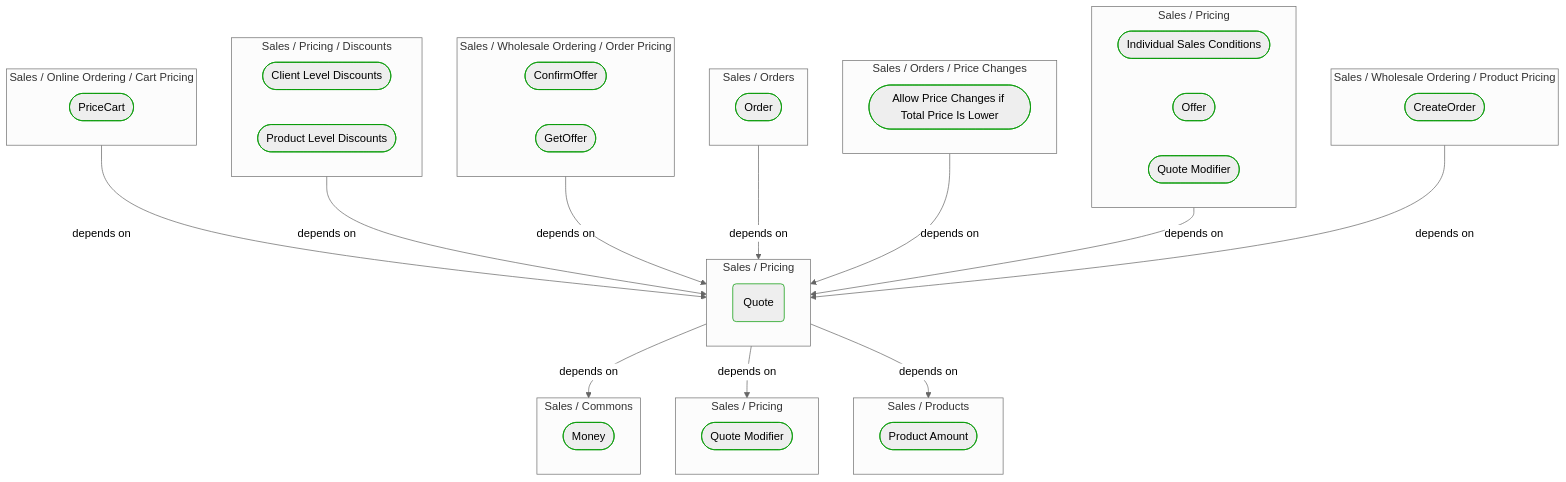
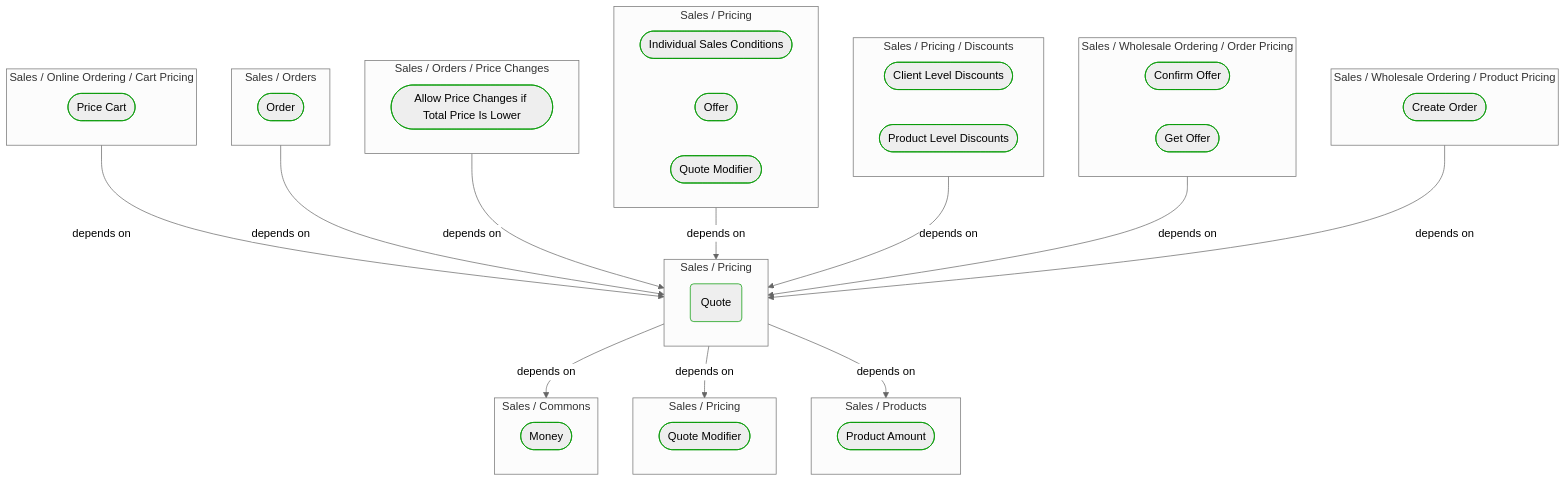
The first of 2 diagrams in Docs/P3/MermaidOutput/Domain/Concepts/Sales/Pricing/Quote.md (itlibrium/DDD-starter-dotnet), drawn with Mermaid (neutral theme) before and after one commit. The commit also changed other lines of this file and 51 other files, not shown here.

````diff
--- a/Docs/P3/MermaidOutput/Domain/Concepts/Sales/Pricing/Quote.md
+++ b/Docs/P3/MermaidOutput/Domain/Concepts/Sales/Pricing/Quote.md
@@ -20,68 +20,68 @@
 ```mermaid
   flowchart TB
     subgraph 0["Sales / Online Ordering / Cart Pricing"]
-      1([PriceCart])
+      1([Price Cart])
       class 1 DomainPerspective
     end
-    subgraph 2["Sales / Pricing / Discounts"]
-      3([Client Level Discounts])
+    subgraph 2["Sales / Orders"]
+      3([Order])
       class 3 DomainPerspective
-      4([Product Level Discounts])
-      class 4 DomainPerspective
     end
-    subgraph 5["Sales / Wholesale Ordering / Order Pricing"]
-      6([ConfirmOffer])
-      class 6 DomainPerspective
-      7([GetOffer])
+    subgraph 4["Sales / Orders / Price Changes"]
+      5([Allow Price Changes if Total Price Is Lower])
+      class 5 DomainPerspective
+    end
+    subgraph 6["Sales / Pricing"]
+      7([Individual Sales Conditions])
       class 7 DomainPerspective
-    end
-    subgraph 8["Sales / Orders"]
-      9([Order])
+      8([Offer])
+      class 8 DomainPerspective
+      9([Quote Modifier])
       class 9 DomainPerspective
     end
-    subgraph 10["Sales / Orders / Price Changes"]
-      11([Allow Price Changes if Total Price Is Lower])
+    subgraph 10["Sales / Pricing / Discounts"]
+      11([Client Level Discounts])
       class 11 DomainPerspective
+      12([Product Level Discounts])
+      class 12 DomainPerspective
     end
-    subgraph 12["Sales / Pricing"]
-      13([Individual Sales Conditions])
-      class 13 DomainPerspective
-      14([Offer])
+    subgraph 13["Sales / Wholesale Ordering / Order Pricing"]
+      14([Confirm Offer])
       class 14 DomainPerspective
-      15([Quote Modifier])
+      15([Get Offer])
       class 15 DomainPerspective
     end
     subgraph 16["Sales / Wholesale Ordering / Product Pricing"]
-      17([CreateOrder])
+      17([Create Order])
       class 17 DomainPerspective
     end
     subgraph 18["Sales / Pricing"]
       19(Quote)
       class 19 DomainPerspective
     end
     subgraph 20["Sales / Commons"]
       21([Money])
       class 21 DomainPerspective
     end
     subgraph 22["Sales / Pricing"]
       23([Quote Modifier])
       class 23 DomainPerspective
     end
     subgraph 24["Sales / Products"]
       25([Product Amount])
       class 25 DomainPerspective
     end
     0-->|depends on|18
     2-->|depends on|18
-    5-->|depends on|18
-    8-->|depends on|18
+    4-->|depends on|18
+    6-->|depends on|18
     10-->|depends on|18
-    12-->|depends on|18
+    13-->|depends on|18
     16-->|depends on|18
     18-->|depends on|20
     18-->|depends on|22
     18-->|depends on|24
     classDef DomainPerspective stroke:#009900
     classDef TechnologyPerspective stroke:#1F41EB
     classDef PeoplePerspective stroke:#FFF014
 ```
````
